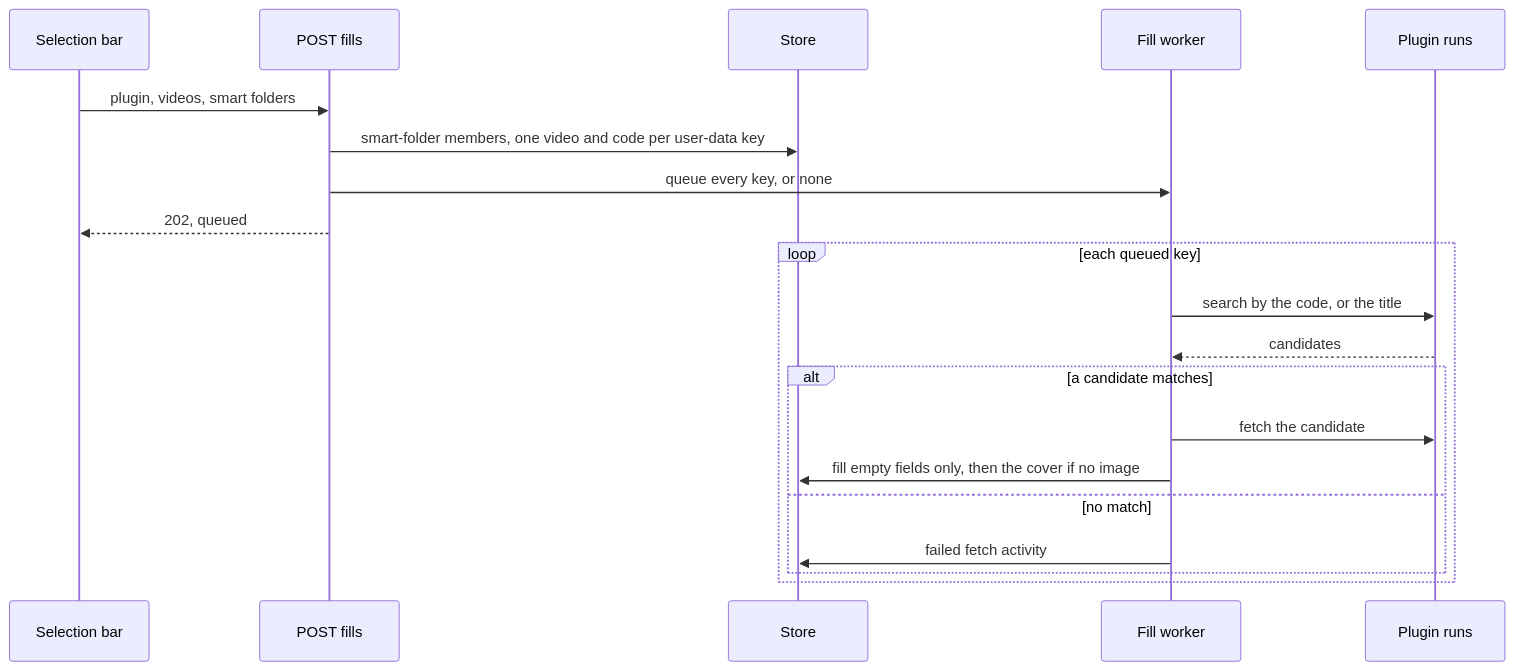
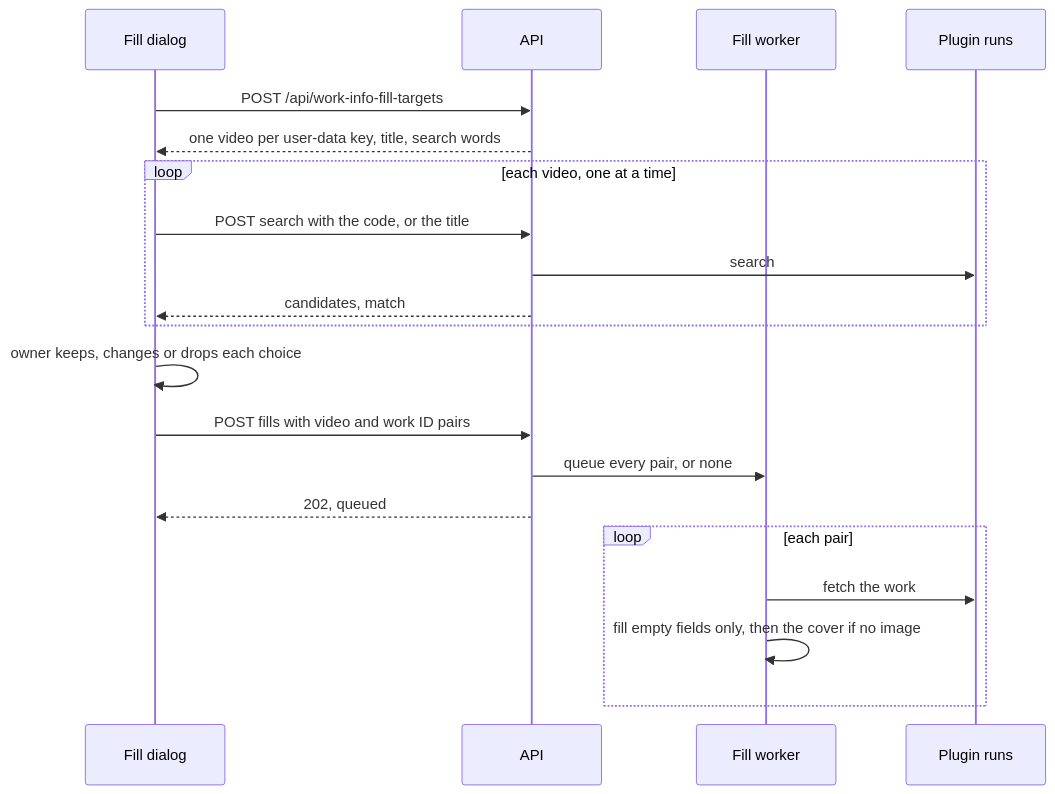
One commit to syudead/vv changed the second of 2 diagrams in docs/design-docs/link-fetch.md. Above: the diagram before and after it, drawn with Mermaid. The commit also changed other lines of this file and 21 other files, not shown here.

````diff
--- a/docs/design-docs/link-fetch.md
+++ b/docs/design-docs/link-fetch.md
@@ -170,22 +167,22 @@
 ```mermaid
 sequenceDiagram
-  participant P as Selection bar
-  participant H as POST fills
-  participant S as Store
+  participant P as Fill dialog
+  participant H as API
   participant Q as Fill worker
   participant R as Plugin runs
-  P->>H: plugin, videos, smart folders
-  H->>S: smart-folder members, one video and code per user-data key
-  H->>Q: queue every key, or none
+  P->>H: POST /api/work-info-fill-targets
+  H-->>P: one video per user-data key, title, search words
+  loop each video, one at a time
+    P->>H: POST search with the code, or the title
+    H->>R: search
+    H-->>P: candidates, match
+  end
+  P->>P: owner keeps, changes or drops each choice
+  P->>H: POST fills with video and work ID pairs
+  H->>Q: queue every pair, or none
   H-->>P: 202, queued
-  loop each queued key
-    Q->>R: search by the code, or the title
-    R-->>Q: candidates
-    alt a candidate matches
-      Q->>R: fetch the candidate
-      Q->>S: fill empty fields only, then the cover if no image
-    else no match
-      Q->>S: failed fetch activity
-    end
+  loop each pair
+    Q->>R: fetch the work
+    Q->>Q: fill empty fields only, then the cover if no image
   end
 ```
````
